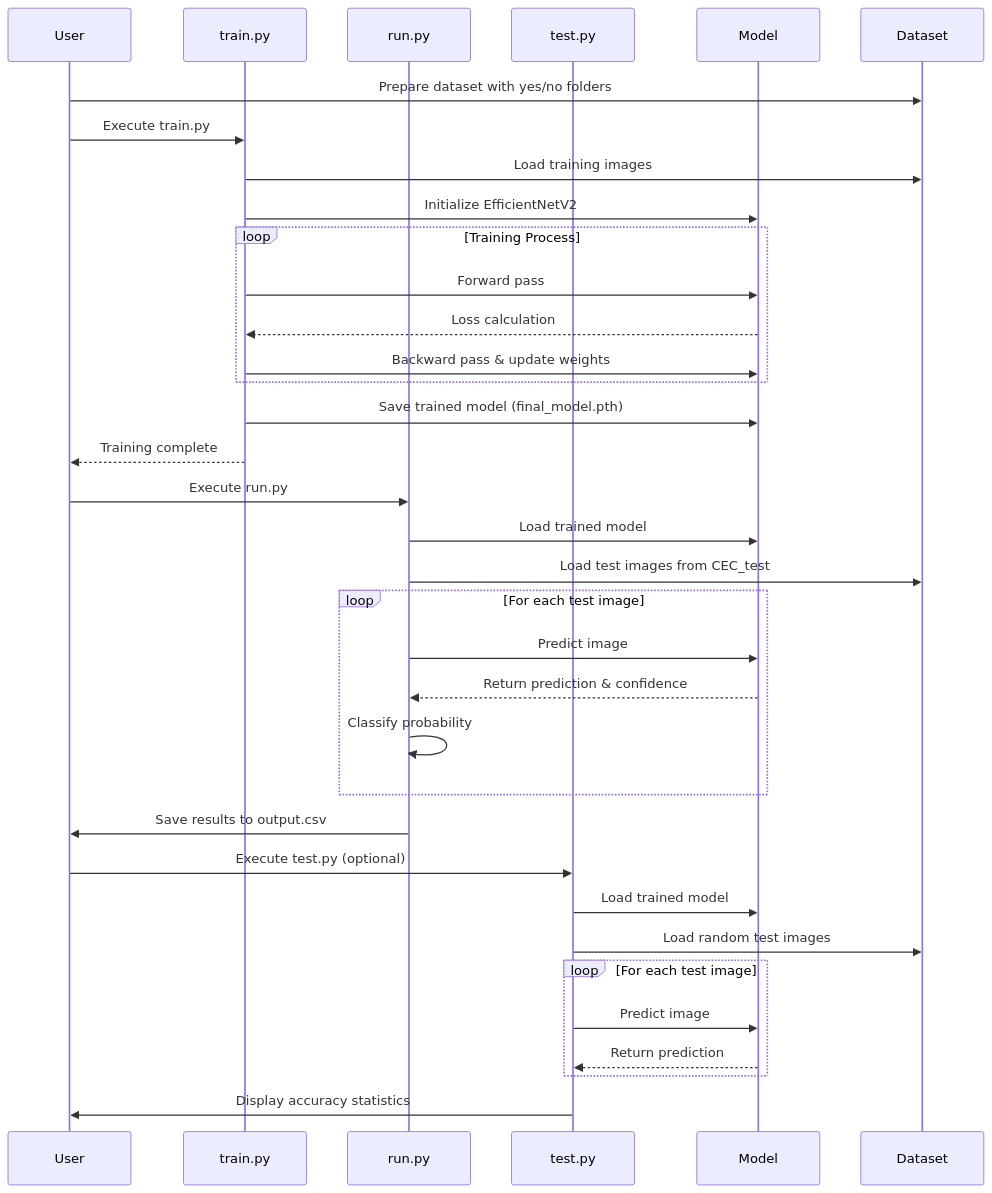
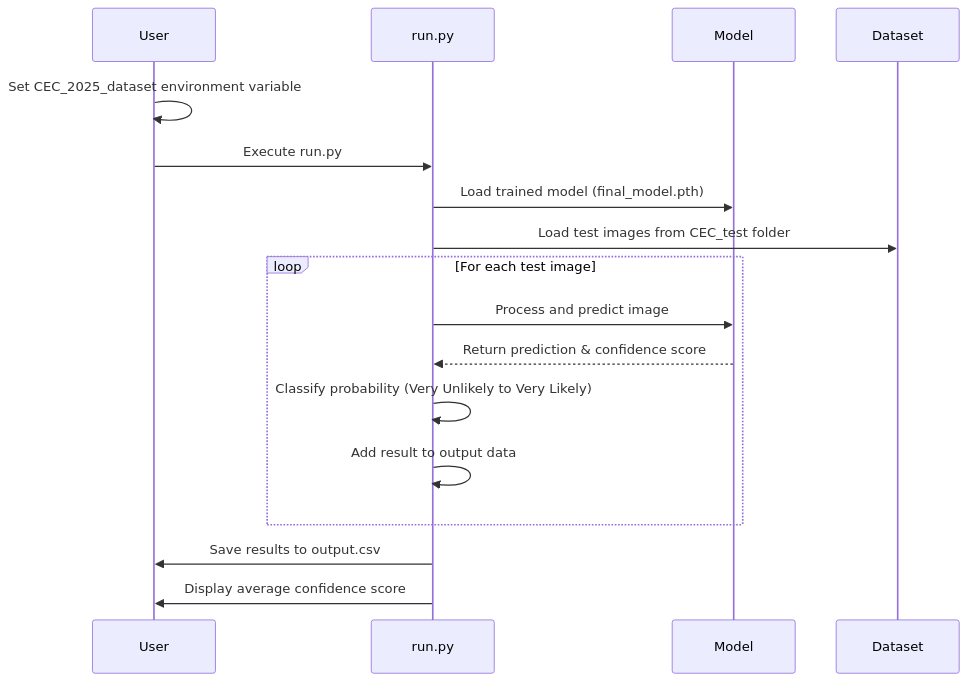
Before and after one commit to Sha3-git/CEC25: the diagram in README.md, drawn with Mermaid.

````diff
--- a/README.md
+++ b/README.md
@@ -65,40 +65,20 @@
 ```mermaid
 sequenceDiagram
     participant User
-    participant train.py
     participant run.py
-    participant test.py
     participant Model
     participant Dataset
 
-    User->>Dataset: Prepare dataset with yes/no folders
-    User->>train.py: Execute train.py
-    train.py->>Dataset: Load training images
-    train.py->>Model: Initialize EfficientNetV2
-    loop Training Process
-        train.py->>Model: Forward pass
-        Model-->>train.py: Loss calculation
-        train.py->>Model: Backward pass & update weights
-    end
-    train.py->>Model: Save trained model (final_model.pth)
-    train.py-->>User: Training complete
-
+    User->>User: Set CEC_2025_dataset environment variable
     User->>run.py: Execute run.py
-    run.py->>Model: Load trained model
-    run.py->>Dataset: Load test images from CEC_test
+    run.py->>Model: Load trained model (final_model.pth)
+    run.py->>Dataset: Load test images from CEC_test folder
     loop For each test image
-        run.py->>Model: Predict image
-        Model-->>run.py: Return prediction & confidence
-        run.py->>run.py: Classify probability
+        run.py->>Model: Process and predict image
+        Model-->>run.py: Return prediction & confidence score
+        run.py->>run.py: Classify probability (Very Unlikely to Very Likely)
+        run.py->>run.py: Add result to output data
     end
     run.py->>User: Save results to output.csv
-
-    User->>test.py: Execute test.py (optional)
-    test.py->>Model: Load trained model
-    test.py->>Dataset: Load random test images
-    loop For each test image
-        test.py->>Model: Predict image
-        Model-->>test.py: Return prediction
-    end
-    test.py->>User: Display accuracy statistics
+    run.py->>User: Display average confidence score
 ```
````
